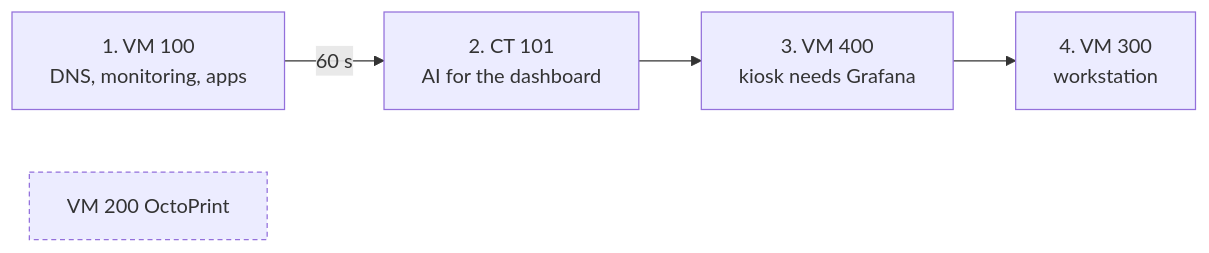
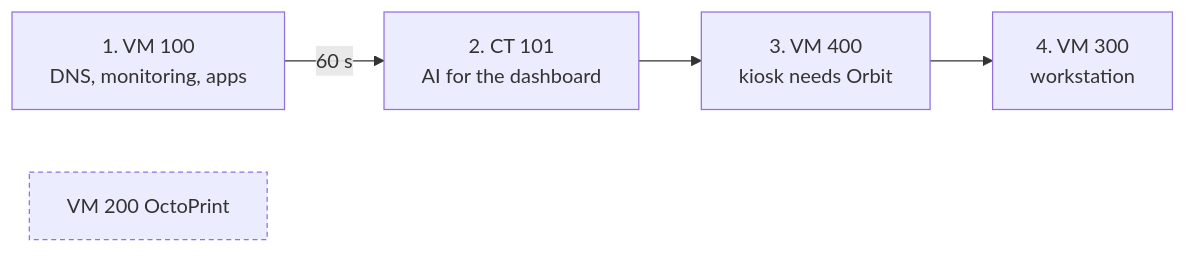
Before and after one commit to Pneumatocyst/horcrux-homelab-showcase: the first of 2 diagrams in docs/architecture.md, drawn with Mermaid. The commit also changed other lines of this file and 4 other files, not shown here.

First line of the commit message:
Add October 2026 case study; update for backups and Orbit kiosk

````diff
--- a/docs/architecture.md
+++ b/docs/architecture.md
@@ -27,8 +27,8 @@
 ```mermaid
 flowchart LR
     A[1. VM 100<br/>DNS, monitoring, apps] -->|60 s| B[2. CT 101<br/>AI for the dashboard]
-    B --> C[3. VM 400<br/>kiosk needs Grafana]
+    B --> C[3. VM 400<br/>kiosk needs Orbit]
     C --> D[4. VM 300<br/>workstation]
     E[VM 200 OctoPrint]:::manual
     classDef manual stroke-dasharray: 4 3
 ```
````
